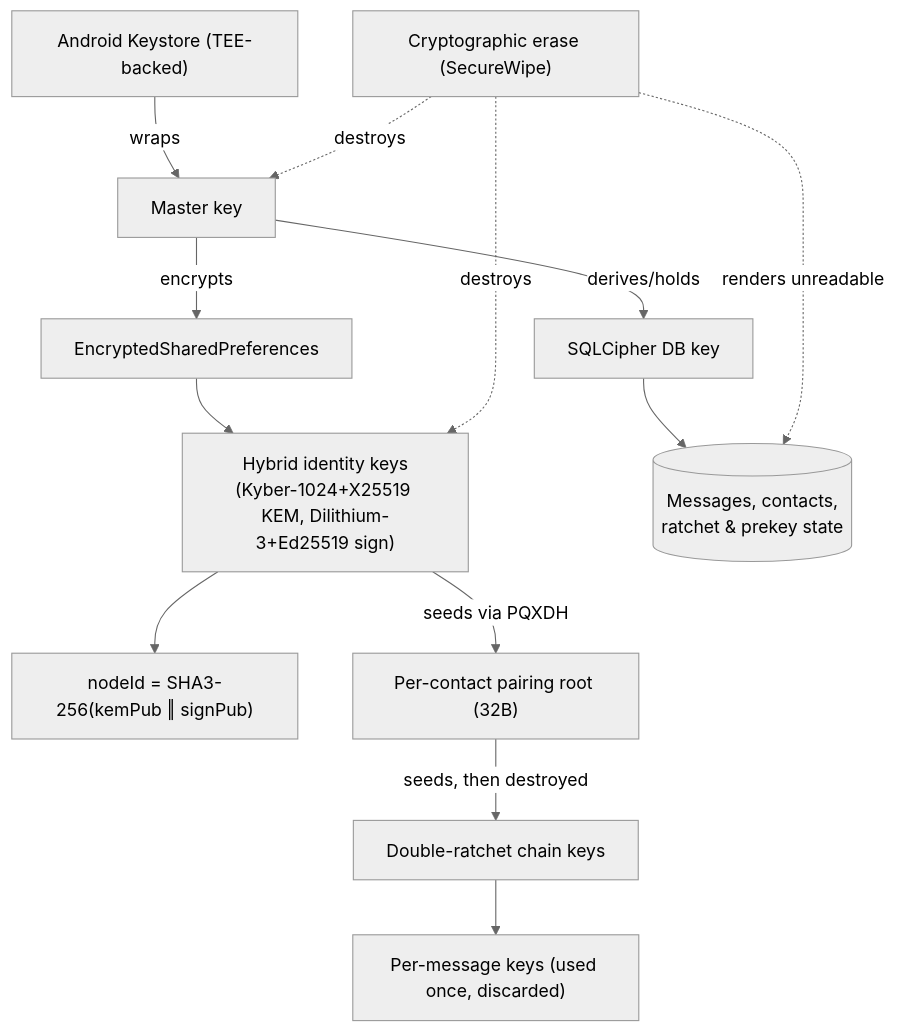
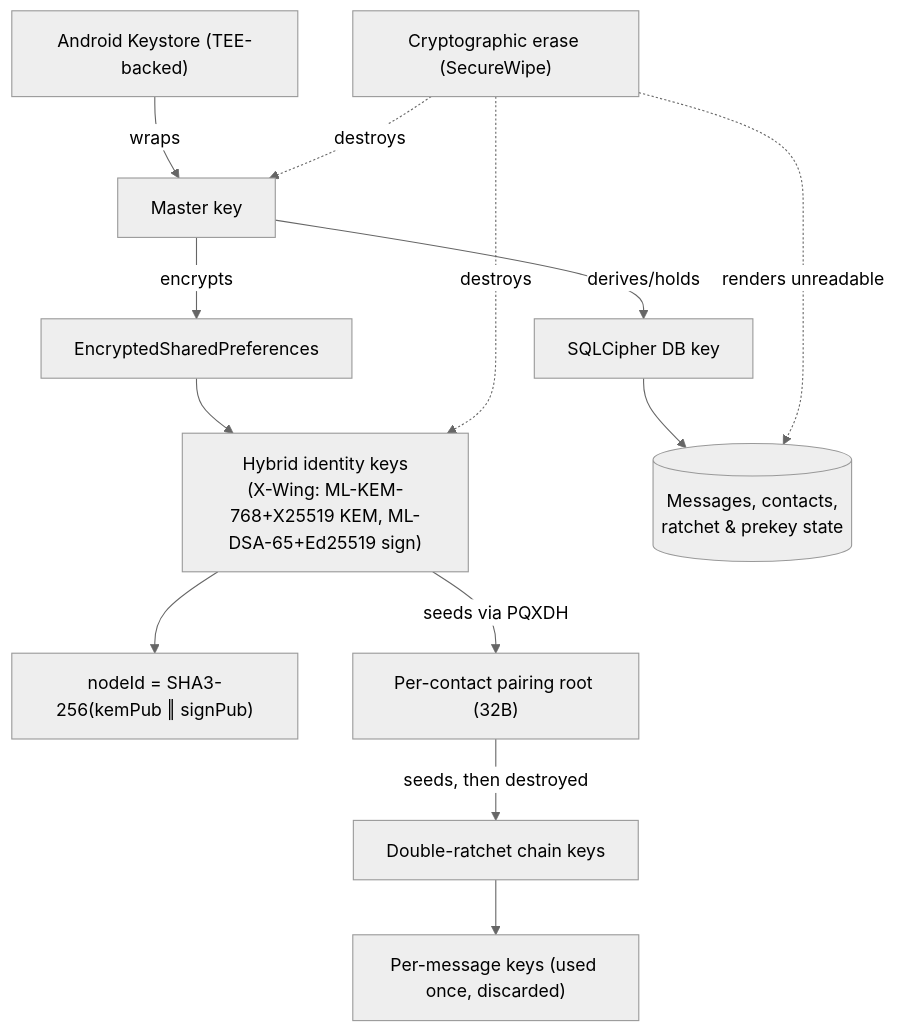
One commit to someamount2190/AuroraMessenger changed the fourth of 6 diagrams in docs/ARCHITECTURE.md. Above: the diagram before and after it, drawn with Mermaid (neutral theme). The commit also changed 9 other files, not shown here.

````diff
--- a/docs/ARCHITECTURE.md
+++ b/docs/ARCHITECTURE.md
@@ -95,15 +95,15 @@
 ```mermaid
 flowchart TD
   HW["Android Keystore (TEE-backed)"] -->|wraps| MK["Master key"]
   MK -->|encrypts| ESP["EncryptedSharedPreferences"]
-  ESP --> IK["Hybrid identity keys<br/>(Kyber-1024+X25519 KEM, Dilithium-3+Ed25519 sign)"]
+  ESP --> IK["Hybrid identity keys<br/>(X-Wing: ML-KEM-768+X25519 KEM, ML-DSA-65+Ed25519 sign)"]
   IK --> NID["nodeId = SHA3-256(kemPub ‖ signPub)"]
   MK -->|derives/holds| DBK["SQLCipher DB key"]
   DBK --> DB[("Messages, contacts,<br/>ratchet & prekey state")]
   IK -->|seeds via PQXDH| ROOT["Per-contact pairing root (32B)"]
   ROOT -->|seeds, then destroyed| RAT["Double-ratchet chain keys"]
   RAT --> MKEY["Per-message keys (used once, discarded)"]
   ERASE["Cryptographic erase (SecureWipe)"] -. destroys .-> MK
   ERASE -. destroys .-> IK
   ERASE -. renders unreadable .-> DB
 ```
````
